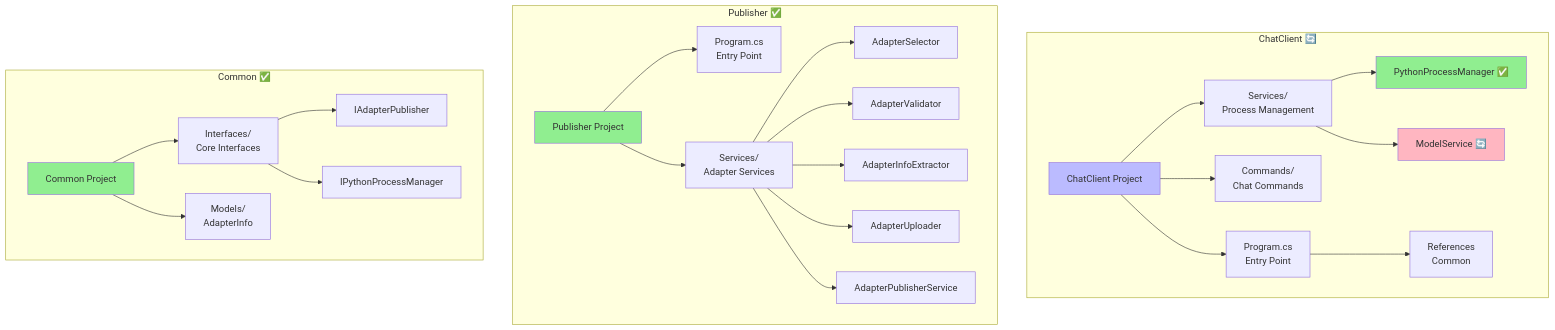
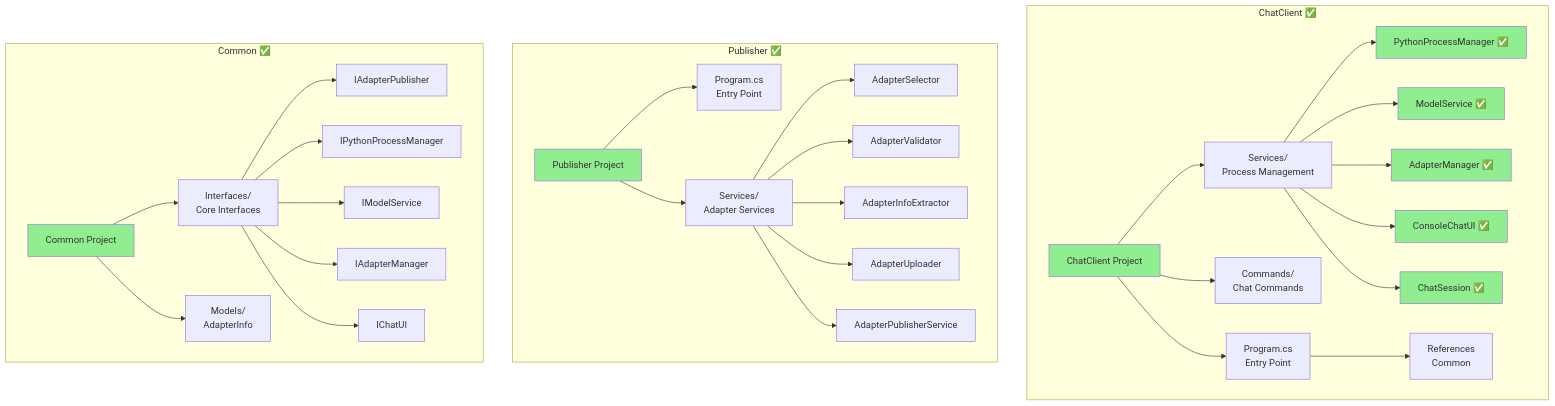
Before and after one commit to gsinghjay/LLMAdapterClient: the fifth of 8 diagrams in STORY.md, drawn with Mermaid. The commit also changed other lines of this file, not shown here.

Commit message:
docs(story): update project narrative with completed Chat UI and Session components

````diff
--- a/STORY.md
+++ b/STORY.md
@@ -194,37 +211,46 @@
 ```mermaid
 graph TD
-    subgraph "ChatClient 🔄"
+    subgraph "ChatClient ✅"
         CC[ChatClient Project]
         CC --> CC1[Program.cs<br>Entry Point]
         CC --> CC2[Commands/<br>Chat Commands]
         CC --> CC3[Services/<br>Process Management]
         CC3 --> CC4[PythonProcessManager ✅]
-        CC3 --> CC5[ModelService 🔄]
-        CC1 --> CC6[References<br>Common]
+        CC3 --> CC5[ModelService ✅]
+        CC3 --> CC6[AdapterManager ✅]
+        CC3 --> CC7[ConsoleChatUI ✅]
+        CC3 --> CC8[ChatSession ✅]
+        CC1 --> CC9[References<br>Common]
     end
 
     subgraph "Publisher ✅"
         PB[Publisher Project]
         PB --> PB1[Program.cs<br>Entry Point]
         PB --> PB2[Services/<br>Adapter Services]
         PB2 --> PB3[AdapterSelector]
         PB2 --> PB4[AdapterValidator]
         PB2 --> PB5[AdapterInfoExtractor]
         PB2 --> PB6[AdapterUploader]
         PB2 --> PB7[AdapterPublisherService]
     end
 
     subgraph "Common ✅"
         CM[Common Project]
         CM --> CM1[Interfaces/<br>Core Interfaces]
         CM1 --> CM3[IAdapterPublisher]
         CM1 --> CM4[IPythonProcessManager]
+        CM1 --> CM5[IModelService]
+        CM1 --> CM6[IAdapterManager]
+        CM1 --> CM7[IChatUI]
         CM --> CM2[Models/<br>AdapterInfo]
     end
 
-    style CC fill:#bbf
+    style CC fill:#90EE90
     style CC4 fill:#90EE90
-    style CC5 fill:#FFB6C1
+    style CC5 fill:#90EE90
+    style CC6 fill:#90EE90
+    style CC7 fill:#90EE90
+    style CC8 fill:#90EE90
     style PB fill:#90EE90
     style CM fill:#90EE90
 ```
````
